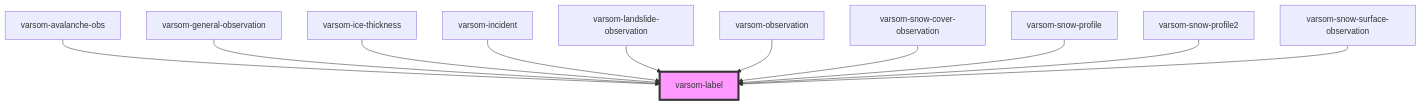
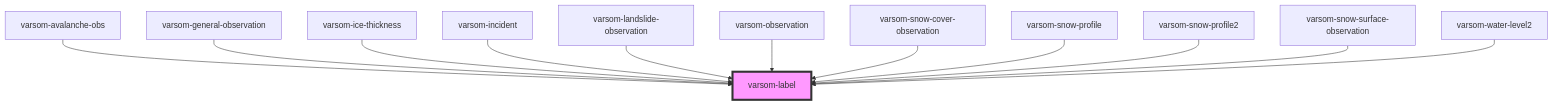
Before and after one commit to NVE/varsom-observation: the diagram in observasjonskort/src/components/varsom-label/readme.md, drawn with Mermaid. The commit also changed other lines of this file and 4 other files, not shown here.

Commit message:
adjusted margin for water level

````diff
--- a/observasjonskort/src/components/varsom-label/readme.md
+++ b/observasjonskort/src/components/varsom-label/readme.md
@@ -31,14 +32,15 @@
 ```mermaid
 graph TD;
   varsom-avalanche-obs --> varsom-label
   varsom-general-observation --> varsom-label
   varsom-ice-thickness --> varsom-label
   varsom-incident --> varsom-label
   varsom-landslide-observation --> varsom-label
   varsom-observation --> varsom-label
   varsom-snow-cover-observation --> varsom-label
   varsom-snow-profile --> varsom-label
   varsom-snow-profile2 --> varsom-label
   varsom-snow-surface-observation --> varsom-label
+  varsom-water-level2 --> varsom-label
   style varsom-label fill:#f9f,stroke:#333,stroke-width:4px
 ```
````
